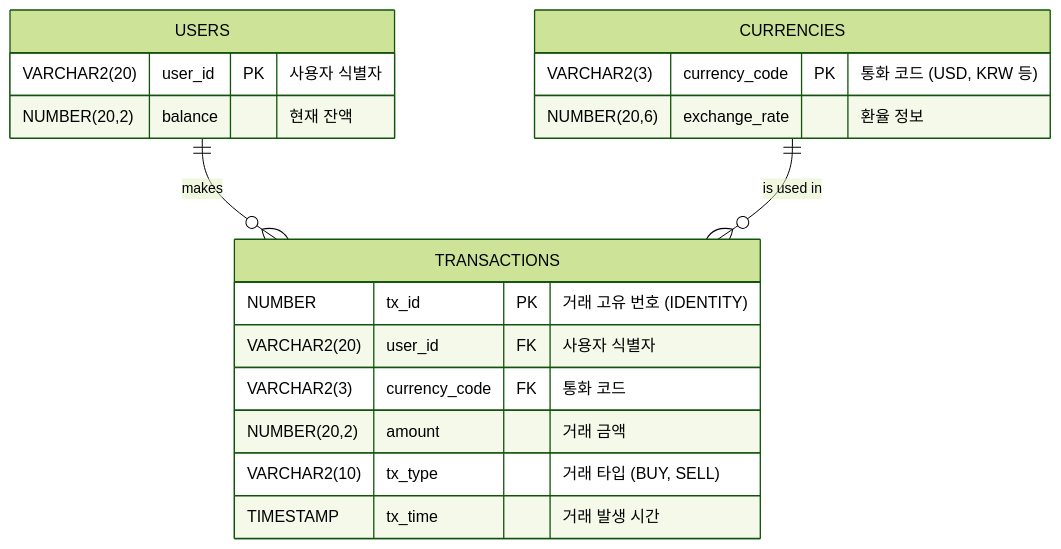
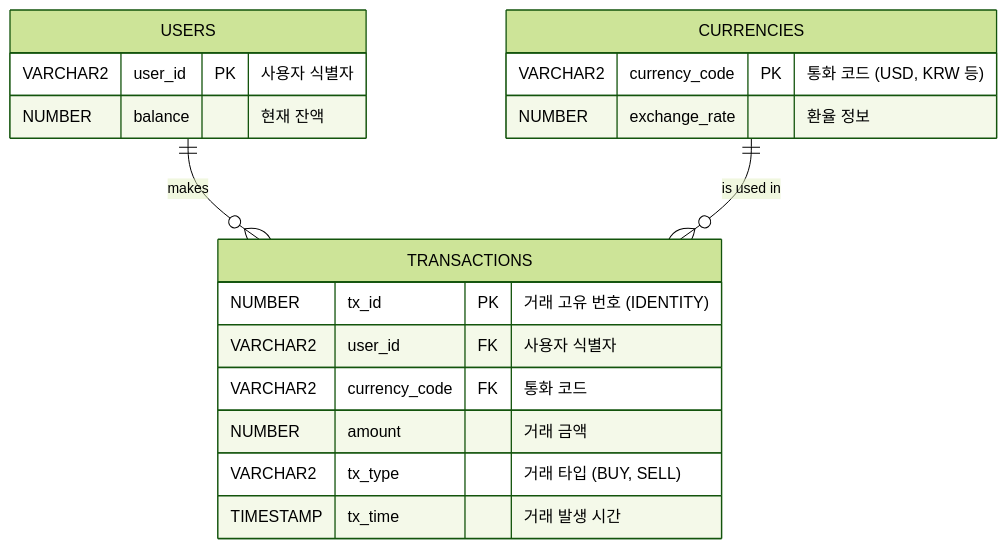
Before and after one commit to creepereye1204/Stock-System: the diagram in docs/erd.md, drawn with Mermaid (forest theme).

Commit message:
erd 문법 오류 수정

````diff
--- a/docs/erd.md
+++ b/docs/erd.md
@@ -7,24 +7,24 @@
 ```mermaid
 erDiagram
     USERS ||--o{ TRANSACTIONS : "makes"
     CURRENCIES ||--o{ TRANSACTIONS : "is used in"
 
     USERS {
-        VARCHAR2(20) user_id PK "사용자 식별자"
-        NUMBER(20,2) balance "현재 잔액"
+        VARCHAR2 user_id PK "사용자 식별자"
+        NUMBER balance "현재 잔액"
     }
 
     CURRENCIES {
-        VARCHAR2(3) currency_code PK "통화 코드 (USD, KRW 등)"
-        NUMBER(20,6) exchange_rate "환율 정보"
+        VARCHAR2 currency_code PK "통화 코드 (USD, KRW 등)"
+        NUMBER exchange_rate "환율 정보"
     }
 
     TRANSACTIONS {
         NUMBER tx_id PK "거래 고유 번호 (IDENTITY)"
-        VARCHAR2(20) user_id FK "사용자 식별자"
-        VARCHAR2(3) currency_code FK "통화 코드"
-        NUMBER(20,2) amount "거래 금액"
-        VARCHAR2(10) tx_type "거래 타입 (BUY, SELL)"
+        VARCHAR2 user_id FK "사용자 식별자"
+        VARCHAR2 currency_code FK "통화 코드"
+        NUMBER amount "거래 금액"
+        VARCHAR2 tx_type "거래 타입 (BUY, SELL)"
         TIMESTAMP tx_time "거래 발생 시간"
     }
 ```
````
